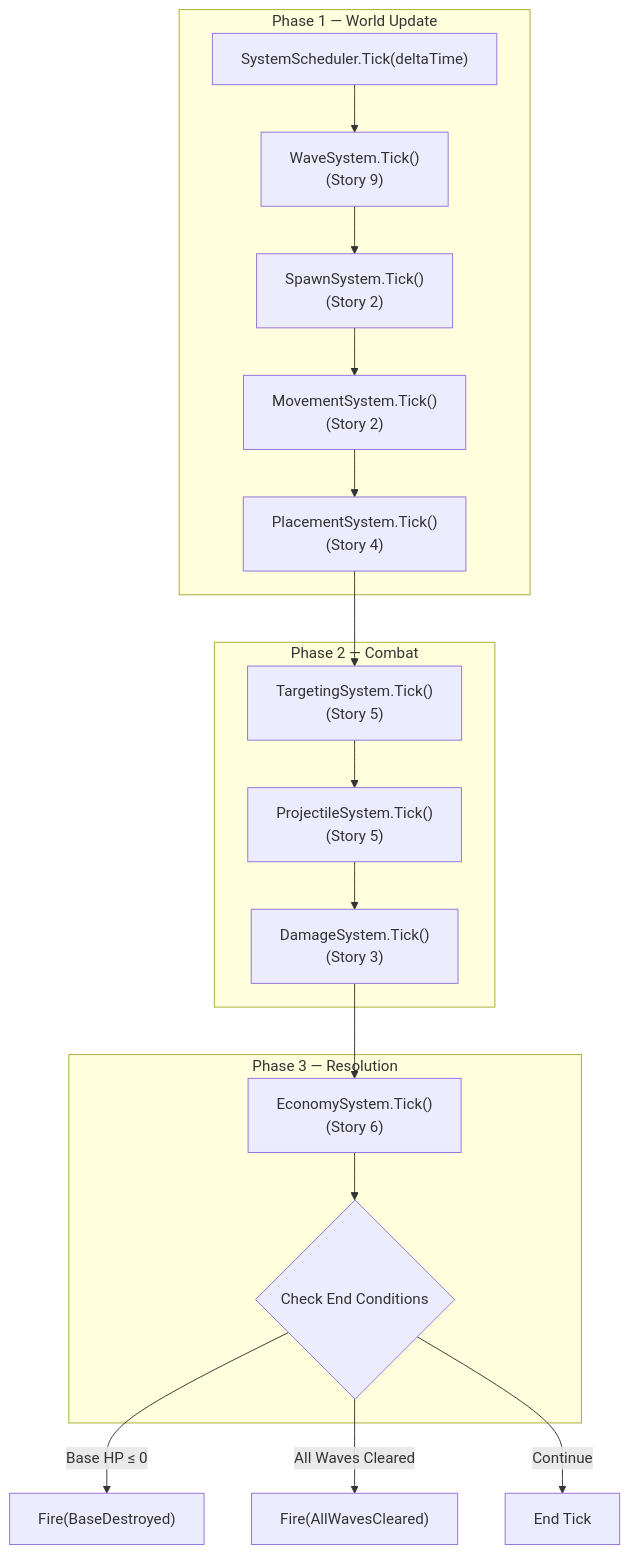
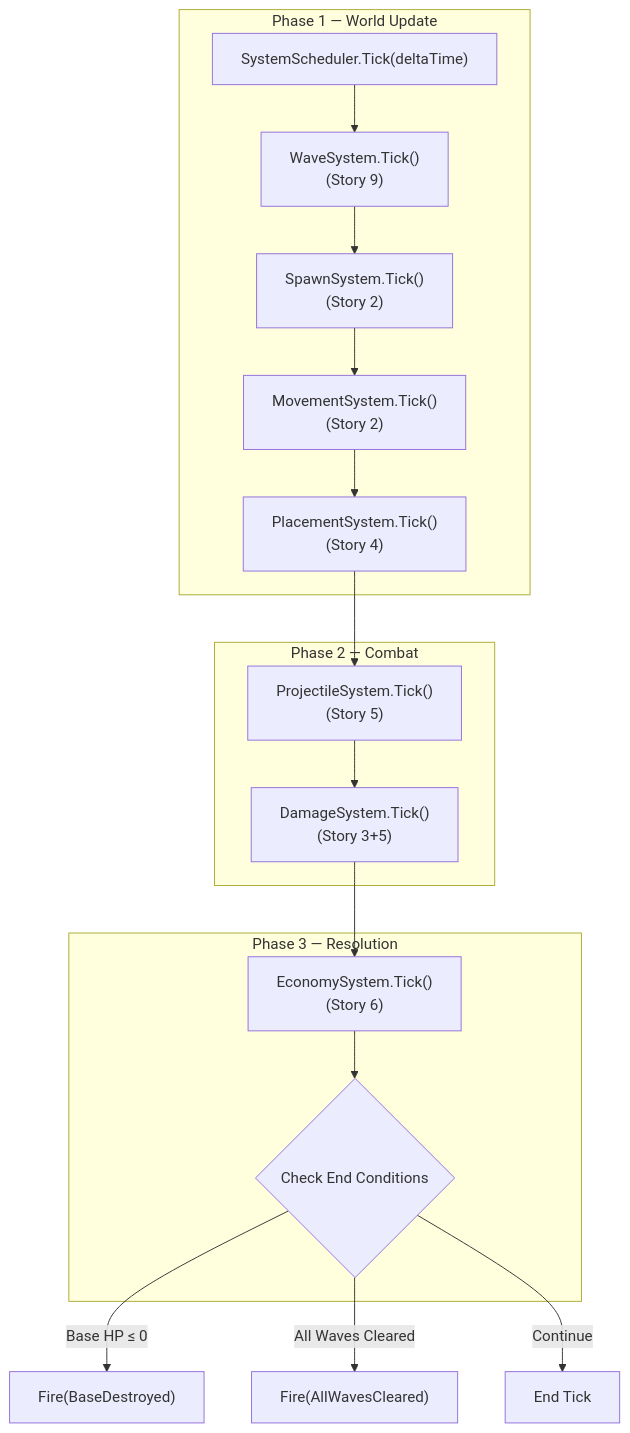
One commit to Number10Ox/MorlocsTowerDefense changed the fifth of 13 diagrams in Docs/Architecture-Diagrams.md. Above: the diagram before and after it, drawn with Mermaid. The commit also changed other lines of this file and 46 other files, not shown here.

````diff
--- a/Docs/Architecture-Diagrams.md
+++ b/Docs/Architecture-Diagrams.md
@@ -258,29 +258,27 @@
 ```mermaid
 flowchart TD
     subgraph phase1 ["Phase 1 — World Update"]
         A["SystemScheduler.Tick(deltaTime)"] --> B["WaveSystem.Tick()
         (Story 9)"]
         B --> C["SpawnSystem.Tick()
         (Story 2)"]
         C --> D["MovementSystem.Tick()
         (Story 2)"]
         D --> E["PlacementSystem.Tick()
         (Story 4)"]
     end
     subgraph phase2 ["Phase 2 — Combat"]
-        E --> F["TargetingSystem.Tick()
-        (Story 5)"]
-        F --> G["ProjectileSystem.Tick()
+        E --> G["ProjectileSystem.Tick()
         (Story 5)"]
         G --> H["DamageSystem.Tick()
-        (Story 3)"]
+        (Story 3+5)"]
     end
     subgraph phase3 ["Phase 3 — Resolution"]
         H --> I["EconomySystem.Tick()
         (Story 6)"]
         I --> J{"Check End Conditions"}
     end
     J -->|"Base HP ≤ 0"| K["Fire(BaseDestroyed)"]
     J -->|"All Waves Cleared"| L["Fire(AllWavesCleared)"]
     J -->|"Continue"| M["End Tick"]
 ```
````
